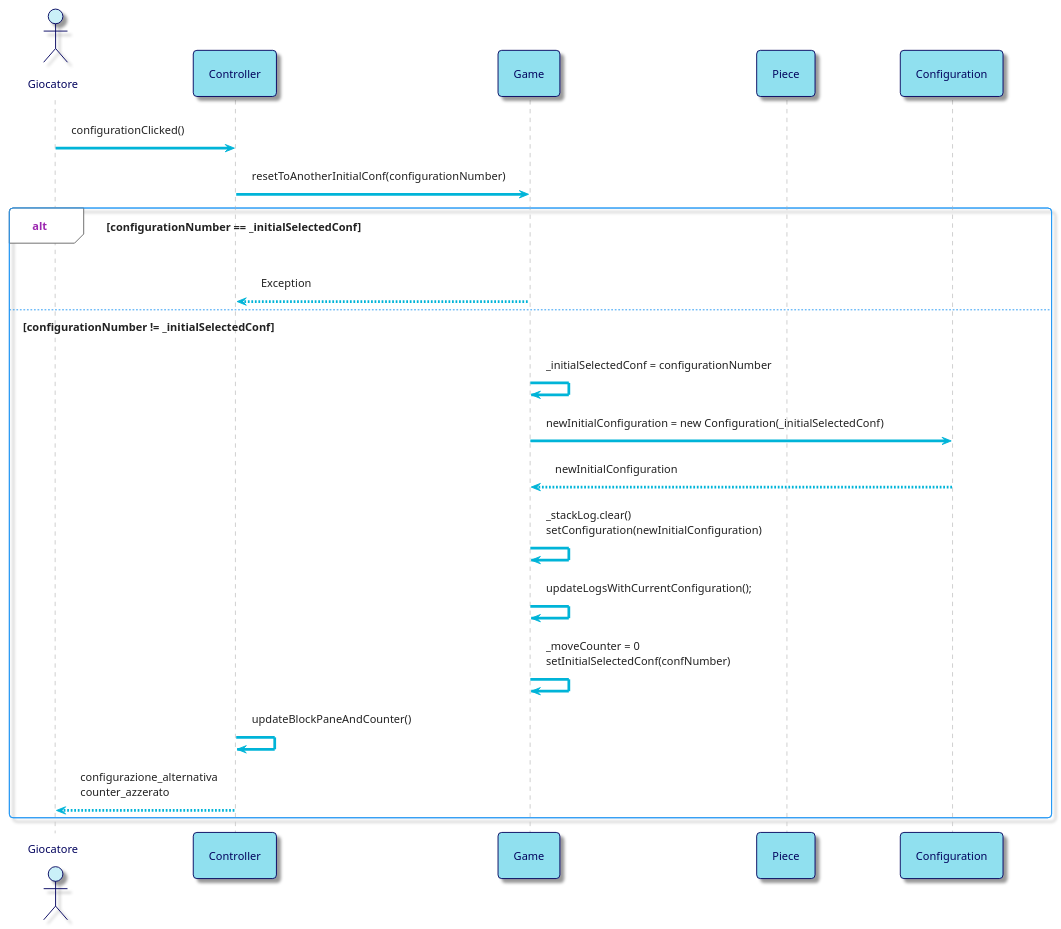
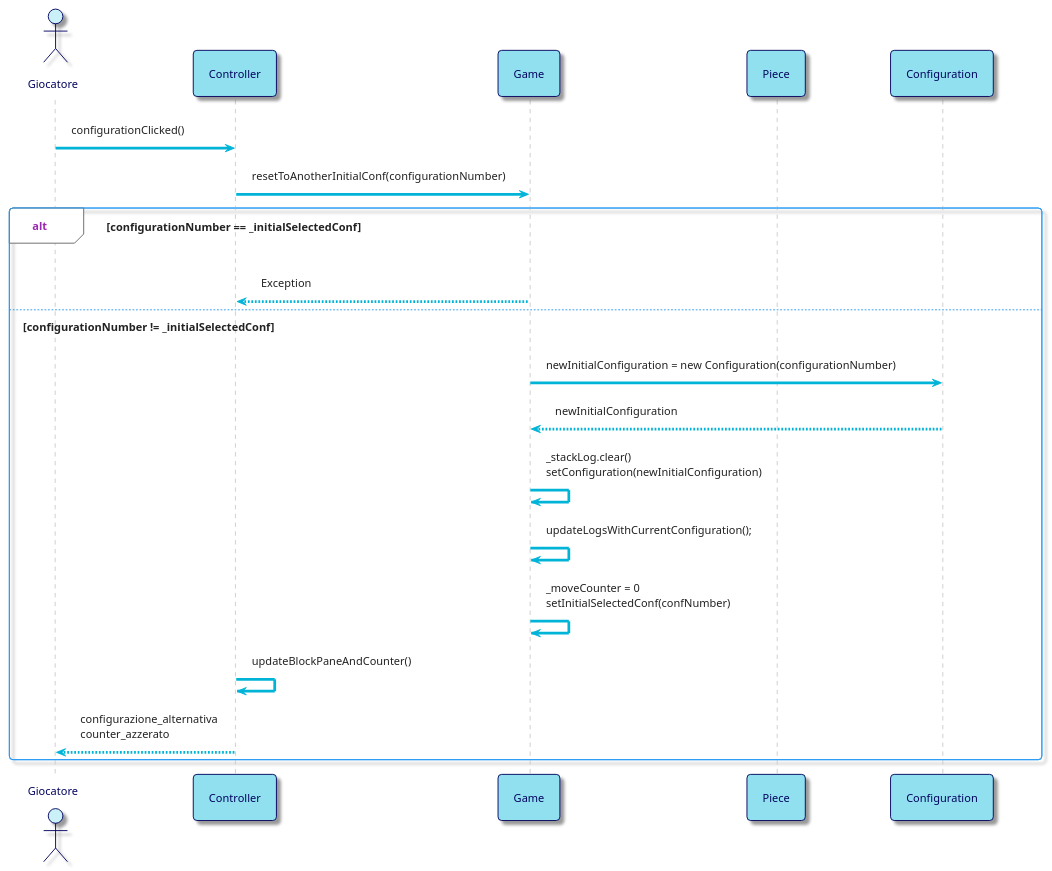
The third of 6 diagrams in resources/Sequence_Diagrams.md (bellins14/klotski_gruppo2), drawn with PlantUML before and after one commit.

````diff
--- a/resources/Sequence_Diagrams.md
+++ b/resources/Sequence_Diagrams.md
@@ -169,41 +169,40 @@
 ```plantuml
 @startuml
 !theme materia-outline
 
 skinparam ArrowColor #00B4D8
 skinparam ActorBorderColor #03045E
 skinparam ActorFontColor #03045E
 skinparam ActorBackgroundColor #CAF0F8
 skinparam ParticipantFontColor #03045E
 skinparam ParticipantBorderColor #03045E
 skinparam ParticipantBackgroundColor #90E0EF
 skinparam DatabaseBorderColor #03045E
 skinparam DatabaseBackgroundColor #00B4D8
 skinparam DatabaseFontColor #03045E
 skinparam BackgroundColor #FFFFFF
 
 actor Giocatore 
 participant Controller
 participant Game
 participant Piece
 
 
 Giocatore -> Controller: configurationClicked()
 Controller -> Game: resetToAnotherInitialConf(configurationNumber)
 
 alt configurationNumber == _initialSelectedConf
 Game --> Controller: Exception
 
 else configurationNumber != _initialSelectedConf
-Game->Game: _initialSelectedConf = configurationNumber
-Game -> Configuration: newInitialConfiguration = new Configuration(_initialSelectedConf)
+Game -> Configuration: newInitialConfiguration = new Configuration(configurationNumber)
 Configuration --> Game: newInitialConfiguration
 Game -> Game: _stackLog.clear() \nsetConfiguration(newInitialConfiguration)
 Game -> Game: updateLogsWithCurrentConfiguration();
 Game -> Game: _moveCounter = 0 \nsetInitialSelectedConf(confNumber)
 Controller -> Controller: updateBlockPaneAndCounter()
 Controller --> Giocatore: configurazione_alternativa \ncounter_azzerato
 
 end
 @enduml
 ```
````
